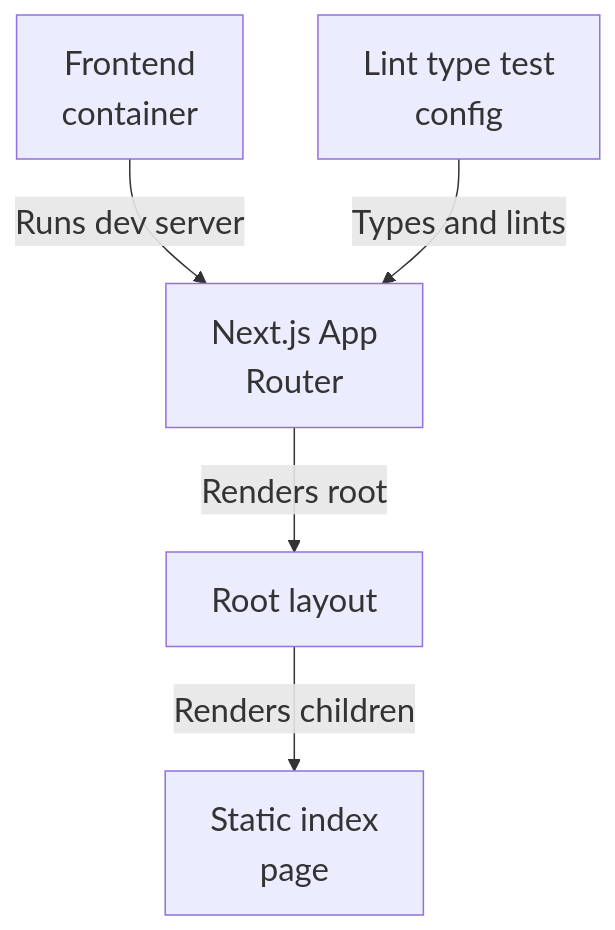
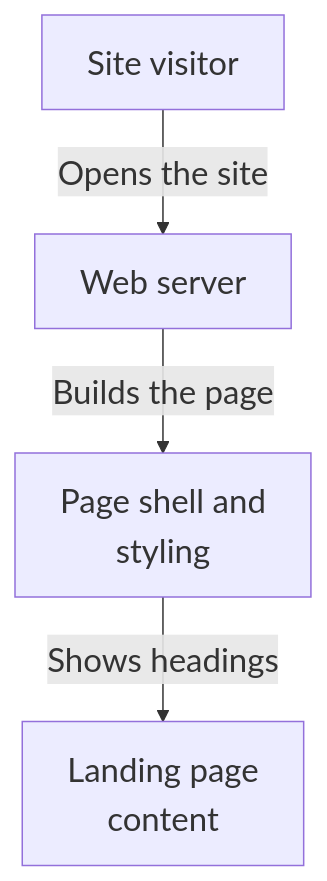
One commit to Justin-Mendoza/Afterclass changed the diagram in maps/frontend/diagram-01.mmd. Above: the diagram before and after it, drawn with Mermaid. The commit also changed 91 other files, not shown here.

```diff
--- a/maps/frontend/diagram-01.mmd
+++ b/maps/frontend/diagram-01.mmd
@@ -1,11 +1,9 @@
 %%{init: {"themeVariables": {"fontSize": "22px"}}}%%
 flowchart TD
-  n0["Frontend<br/>container"]
-  n1["Next.js App<br/>Router"]
-  n2["Root layout"]
-  n3["Static index<br/>page"]
-  n4["Lint type test<br/>config"]
-  n0 -->|"Runs dev server"| n1
-  n1 -->|"Renders root"| n2
-  n2 -->|"Renders children"| n3
-  n4 -->|"Types and lints"| n1
+  n0["Site visitor"]
+  n1["Web server"]
+  n2["Page shell and<br/>styling"]
+  n3["Landing page<br/>content"]
+  n0 -->|"Opens the site"| n1
+  n1 -->|"Builds the page"| n2
+  n2 -->|"Shows headings"| n3
```
